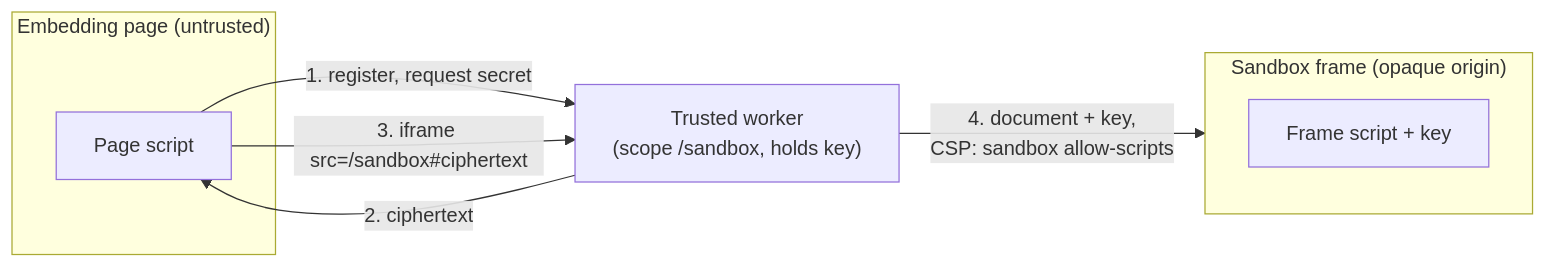
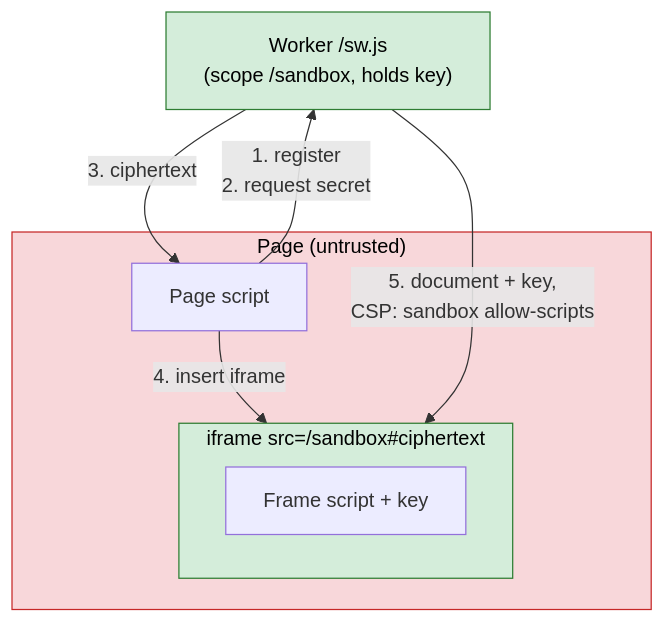
Before and after one commit to lawnsea/frontend-hardening: the fourth of 4 diagrams in packages/trusted-scopes/docs/design.md, drawn with Mermaid. The commit also changed other lines of this file, not shown here.

````diff
--- a/packages/trusted-scopes/docs/design.md
+++ b/packages/trusted-scopes/docs/design.md
@@ -21,15 +79,18 @@
 ```mermaid
-flowchart LR
-  subgraph page["Embedding page (untrusted)"]
+flowchart TB
+  sw["Worker /sw.js<br>(scope /sandbox, holds key)"]
+  subgraph page["Page (untrusted)"]
     app["Page script"]
+    subgraph frame["iframe src=/sandbox#ciphertext"]
+      code["Frame script + key"]
+    end
   end
-  sw["Trusted worker<br>(scope /sandbox, holds key)"]
-  subgraph frame["Sandbox frame (opaque origin)"]
-    code["Frame script + key"]
-  end
-
-  app -- "1. register, request secret" --> sw
-  sw -- "2. ciphertext" --> app
-  app -- "3. iframe src=/sandbox#ciphertext" --> sw
-  sw -- "4. document + key,<br>CSP: sandbox allow-scripts" --> frame
+  app -- "1. register<br>2. request secret" --> sw
+  sw -- "3. ciphertext" --> app
+  app -- "4. insert iframe" --> frame
+  sw -- "5. document + key,<br>CSP: sandbox allow-scripts" --> frame
+  classDef trusted fill:#d4edda,stroke:#2e7d32,color:#000
+  classDef untrusted fill:#f8d7da,stroke:#c62828,color:#000
+  class page untrusted
+  class frame,sw trusted
 ```
````
